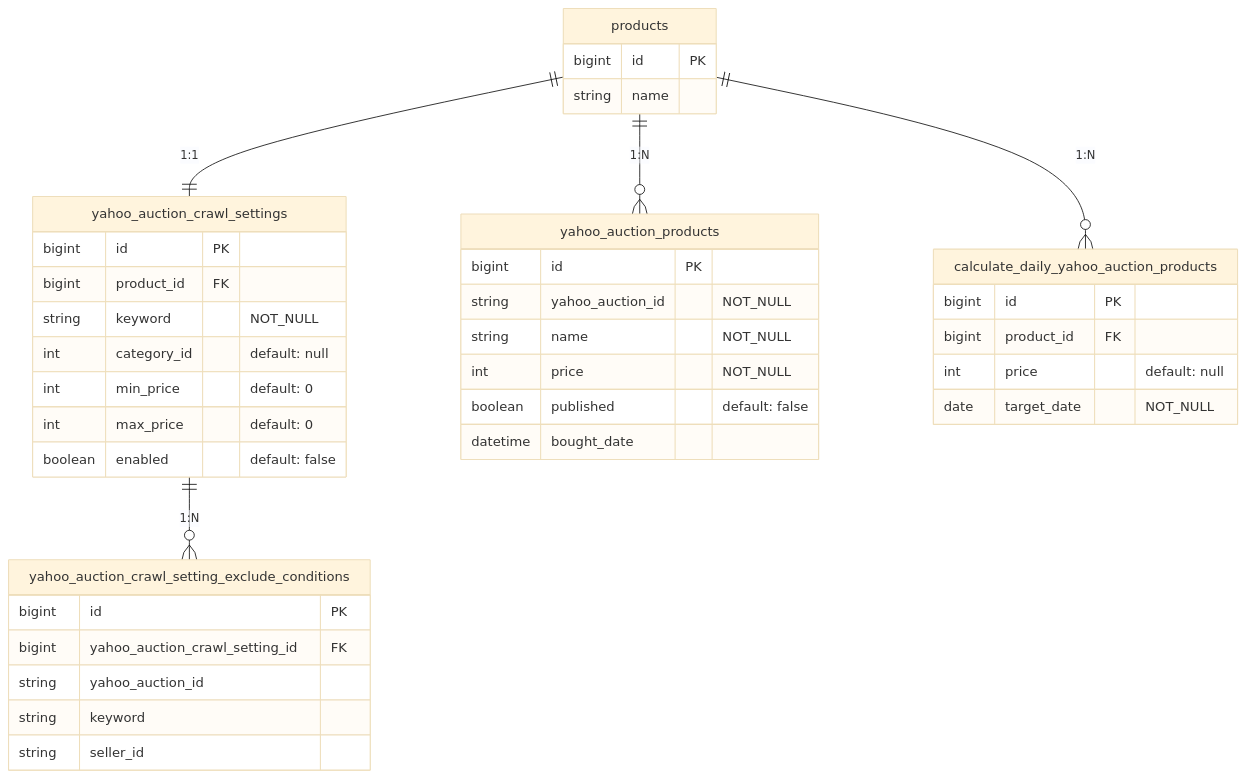
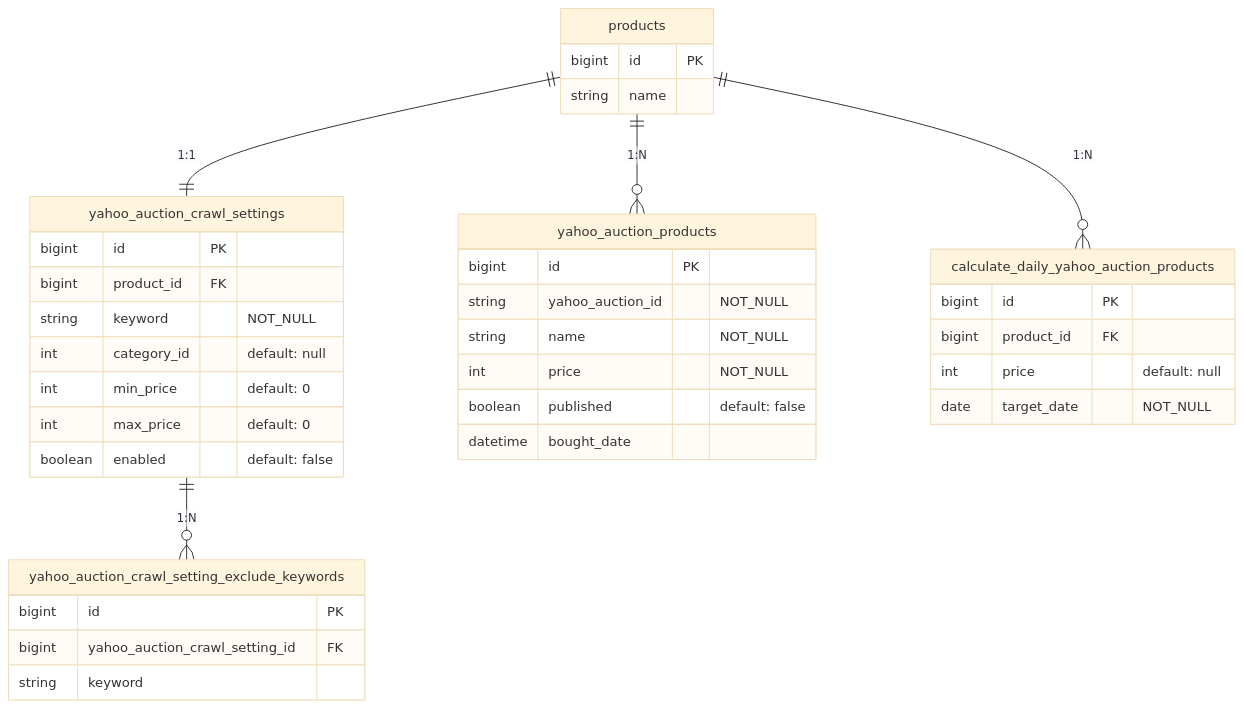
One commit to kuroweb/price-monitoring changed the second of 3 diagrams in README.md. Above: the diagram before and after it, drawn with Mermaid (base theme). The commit also changed 38 other files, not shown here.

````diff
--- a/README.md
+++ b/README.md
@@ -74,42 +74,40 @@
 ```mermaid
 erDiagram
   products {
     bigint id PK
     string name
   }
   yahoo_auction_crawl_settings {
     bigint id PK
     bigint product_id FK
     string keyword "NOT_NULL"
     int category_id "default: null"
     int min_price "default: 0"
     int max_price "default: 0"
     boolean enabled "default: false"
   }
-  yahoo_auction_crawl_setting_exclude_conditions {
+  yahoo_auction_crawl_setting_exclude_keywords {
     bigint id PK
     bigint yahoo_auction_crawl_setting_id FK
-    string yahoo_auction_id
     string keyword
-    string seller_id
   }
   yahoo_auction_products {
     bigint id PK
     string yahoo_auction_id "NOT_NULL"
     string name "NOT_NULL"
     int price "NOT_NULL"
     boolean published "default: false"
     datetime bought_date
   }
   calculate_daily_yahoo_auction_products {
     bigint id PK
     bigint product_id FK
     int price "default: null"
     date target_date "NOT_NULL"
   }
 
   products ||--|| yahoo_auction_crawl_settings : "1:1"
-  yahoo_auction_crawl_settings ||--o{ yahoo_auction_crawl_setting_exclude_conditions : "1:N"
+  yahoo_auction_crawl_settings ||--o{ yahoo_auction_crawl_setting_exclude_keywords : "1:N"
   products ||--o{ yahoo_auction_products : "1:N"
   products ||--o{ calculate_daily_yahoo_auction_products : "1:N"
 ```
````
